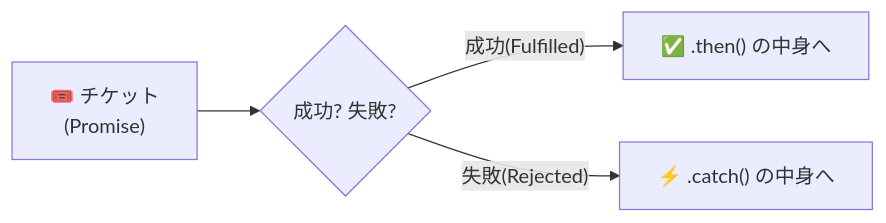
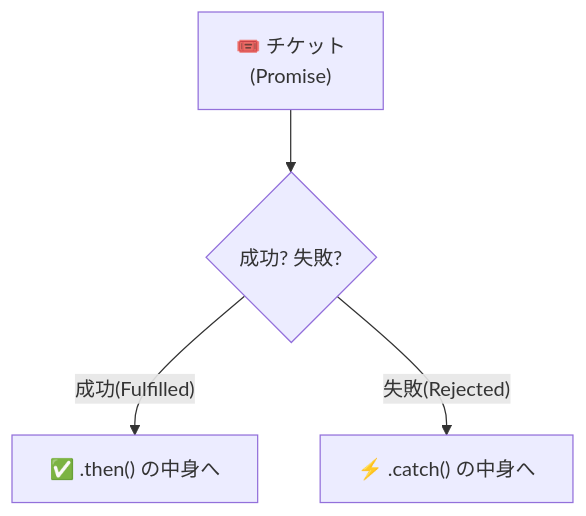
Before and after one commit to komiyamma/site_ichika_study_async_await_fetch: the first of 2 diagrams in D06.md, drawn with Mermaid.

Commit message:
fix: フローチャートの方向を修正 D06.mdのフローチャートの方向をLRからTDに変更しました。

````diff
--- a/D06.md
+++ b/D06.md
@@ -62,7 +62,7 @@
 ```mermaid
-flowchart LR
+flowchart TD
     Ticket["🎟️ チケット<br>(Promise)"] --> Check{成功? 失敗?}
     
     Check -- 成功(Fulfilled) --> Then["✅ .then() の中身へ"]
     Check -- 失敗(Rejected) --> Catch["⚡ .catch() の中身へ"]
 ```
````
